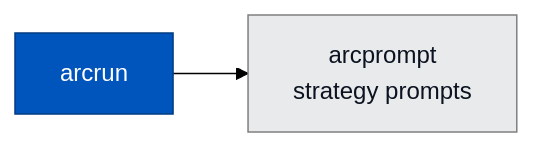
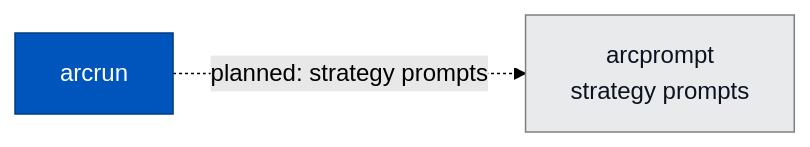
One commit to joshuamschultz/Arc changed the diagram in packages/arcprompt/README.md. Above: the diagram before and after it, drawn with Mermaid (forest theme). The commit also changed other lines of this file and 26 other files, not shown here.

````diff
--- a/packages/arcprompt/README.md
+++ b/packages/arcprompt/README.md
@@ -25,7 +27,7 @@
 ```mermaid
 flowchart LR
     classDef runtime fill:#0055BC,stroke:#003B82,color:#FFFFFF
     classDef other fill:#E9EAEB,stroke:#7F7F7F,color:#0B1220
 
-    arcrun[arcrun]:::runtime --> arcprompt[arcprompt<br/>strategy prompts]:::other
+    arcrun[arcrun]:::runtime -. "planned: strategy prompts" .-> arcprompt[arcprompt<br/>strategy prompts]:::other
 ```
````
